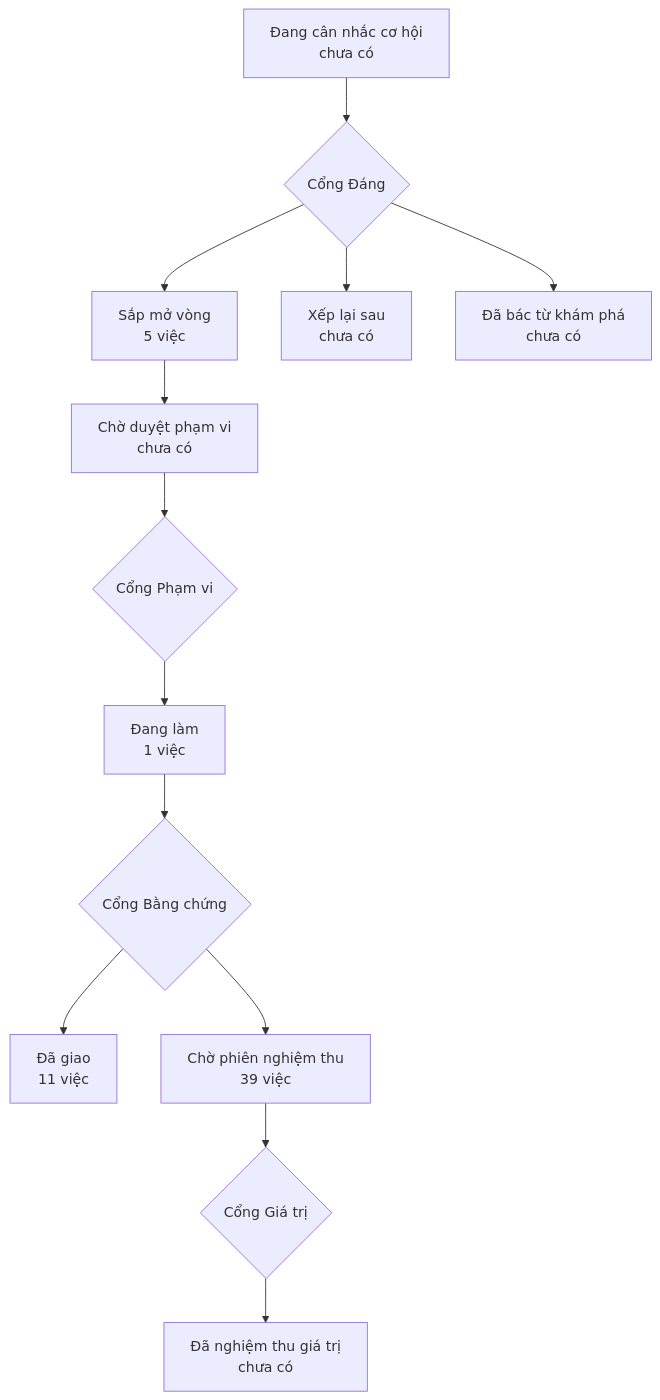
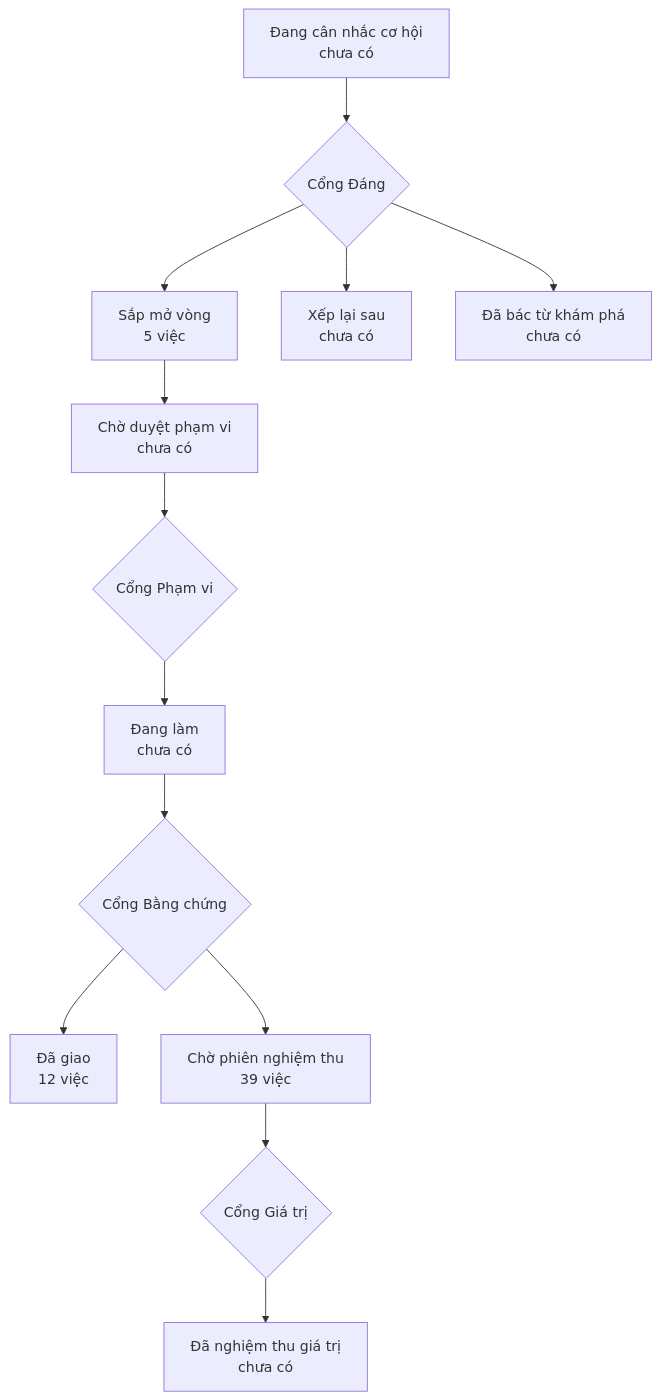
One commit to phanlemanh/onehub-quy-hang changed the diagram in PRODUCT-MAP.md. Above: the diagram before and after it, drawn with Mermaid. The commit also changed other lines of this file and 4 other files, not shown here.

````diff
--- a/PRODUCT-MAP.md
+++ b/PRODUCT-MAP.md
@@ -7,12 +7,12 @@
 ```mermaid
 flowchart TD
   A["Đang cân nhắc cơ hội<br/>chưa có"] --> GD{"Cổng Đáng"}
   GD --> B["Sắp mở vòng<br/>5 việc"]
   GD --> XL["Xếp lại sau<br/>chưa có"]
   GD --> DB["Đã bác từ khám phá<br/>chưa có"]
   B --> CD["Chờ duyệt phạm vi<br/>chưa có"] --> GP{"Cổng Phạm vi"}
-  GP --> DL["Đang làm<br/>1 việc"] --> GB{"Cổng Bằng chứng"}
-  GB --> DG["Đã giao<br/>11 việc"]
+  GP --> DL["Đang làm<br/>chưa có"] --> GB{"Cổng Bằng chứng"}
+  GB --> DG["Đã giao<br/>12 việc"]
   GB --> CN["Chờ phiên nghiệm thu<br/>39 việc"] --> GG{"Cổng Giá trị"}
   GG --> NT["Đã nghiệm thu giá trị<br/>chưa có"]
 ```
````
